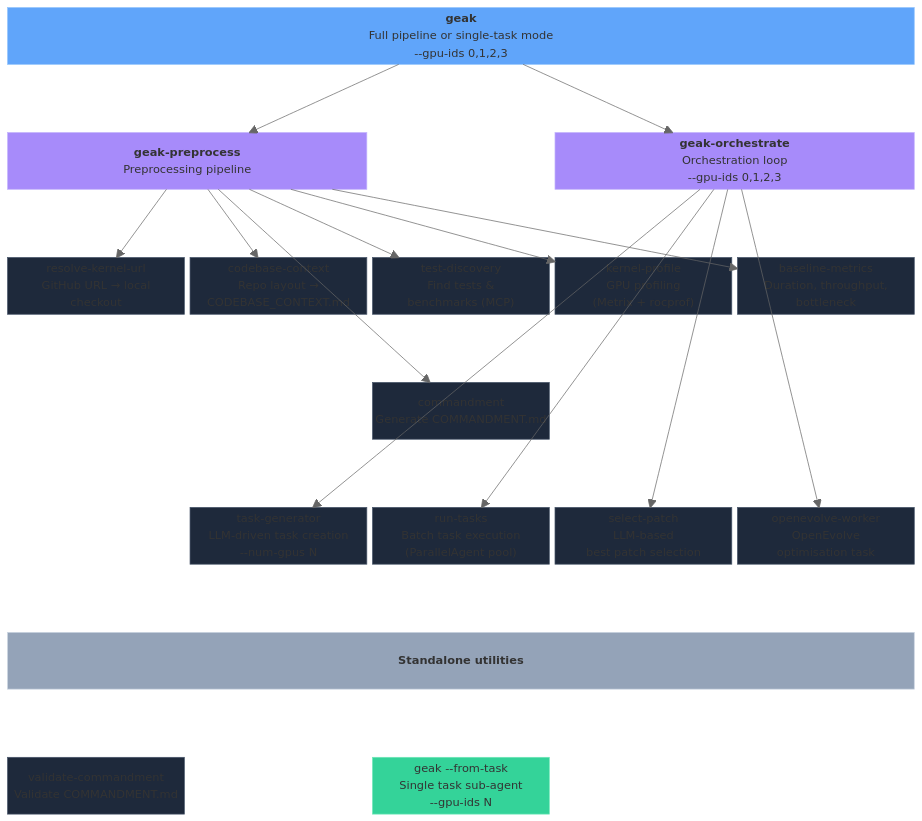
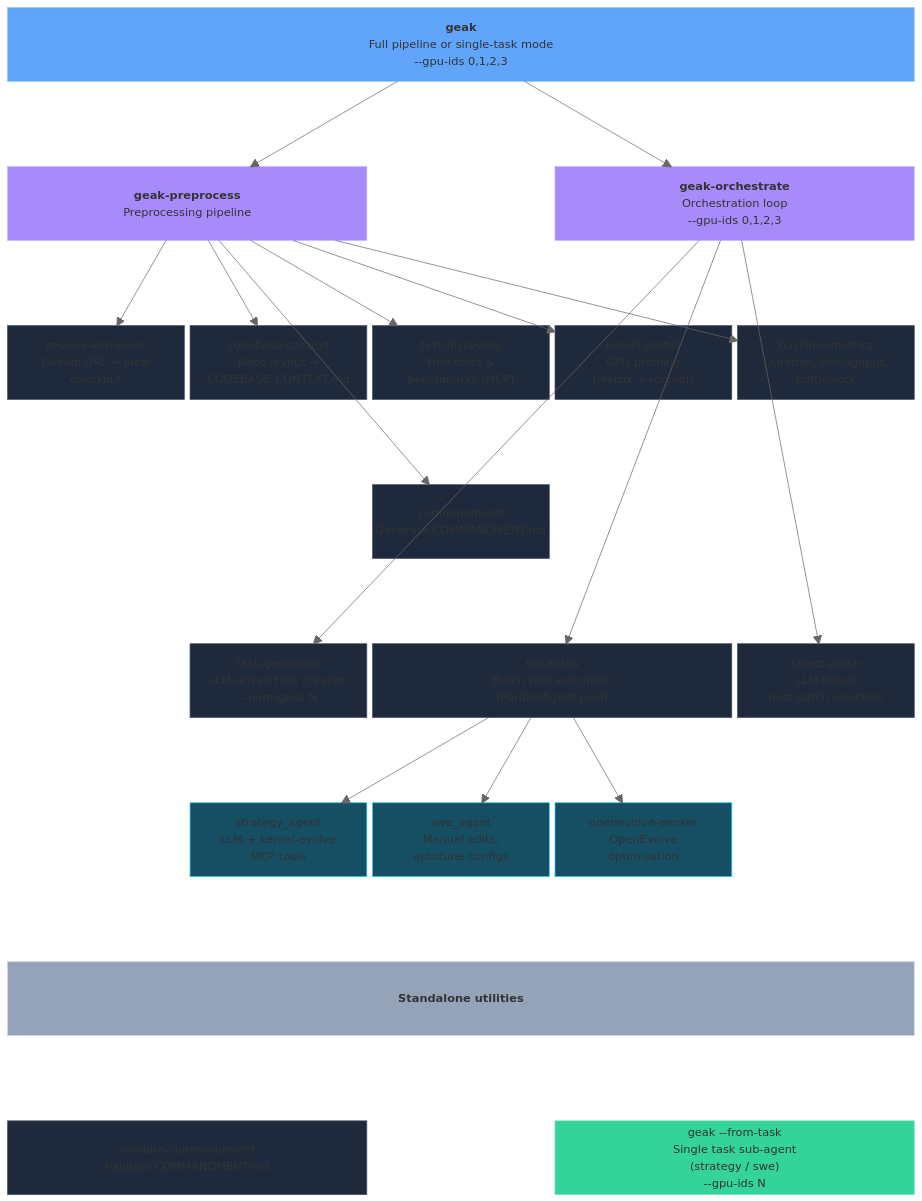
The diagram in docs/tools.md (AMD-AGI/GEAK), drawn with Mermaid (neutral theme) before and after one commit. The commit also changed 10 other files, not shown here.

````diff
--- a/docs/tools.md
+++ b/docs/tools.md
@@ -30,9 +30,16 @@
 
     space
     task_gen["task-generator\nLLM-driven task creation\n--num-gpus N"]
-    run_tasks["run-tasks\nBatch task execution\n(ParallelAgent pool)"]
+    run_tasks["run-tasks\nBatch task execution\n(ParallelAgent pool)"]:2
     select_patch["select-patch\nLLM-based\nbest patch selection"]
-    openevolve["openevolve-worker\nOpenEvolve\noptimisation task"]
+
+    space:5
+
+    space
+    strategy["strategy_agent\nLLM + kernel-evolve\nMCP tools"]
+    swe["swe_agent\nManual edits,\nautotune configs"]
+    openevolve["openevolve-worker\nOpenEvolve\noptimisation"]
+    space
 
     space:5
 
@@ -40,10 +47,9 @@
 
     space:5
 
-    validate["validate-commandment\nValidate COMMANDMENT.md"]:1
+    validate["validate-commandment\nValidate COMMANDMENT.md"]:2
     space
-    geak_task["geak --from-task\nSingle task sub-agent\n--gpu-ids N"]:1
-    space:2
+    geak_task["geak --from-task\nSingle task sub-agent\n(strategy / swe)\n--gpu-ids N"]:2
 
     geak --> geak_preprocess
     geak --> geak_orchestrate
@@ -56,7 +62,9 @@
     geak_orchestrate --> task_gen
     geak_orchestrate --> run_tasks
     geak_orchestrate --> select_patch
-    geak_orchestrate --> openevolve
+    run_tasks --> strategy
+    run_tasks --> swe
+    run_tasks --> openevolve
 
     style geak fill:#60a5fa,color:#000,stroke:#93c5fd
     style geak_preprocess fill:#a78bfa,color:#000,stroke:#c4b5fd
@@ -72,6 +80,8 @@
     style task_gen fill:#1e293b,color:#e2e8f0,stroke:#475569
     style run_tasks fill:#1e293b,color:#e2e8f0,stroke:#475569
     style select_patch fill:#1e293b,color:#e2e8f0,stroke:#475569
-    style openevolve fill:#1e293b,color:#e2e8f0,stroke:#475569
+    style strategy fill:#164e63,color:#a5f3fc,stroke:#22d3ee
+    style swe fill:#164e63,color:#a5f3fc,stroke:#22d3ee
+    style openevolve fill:#164e63,color:#a5f3fc,stroke:#22d3ee
     style validate fill:#1e293b,color:#e2e8f0,stroke:#475569
 ```
````
